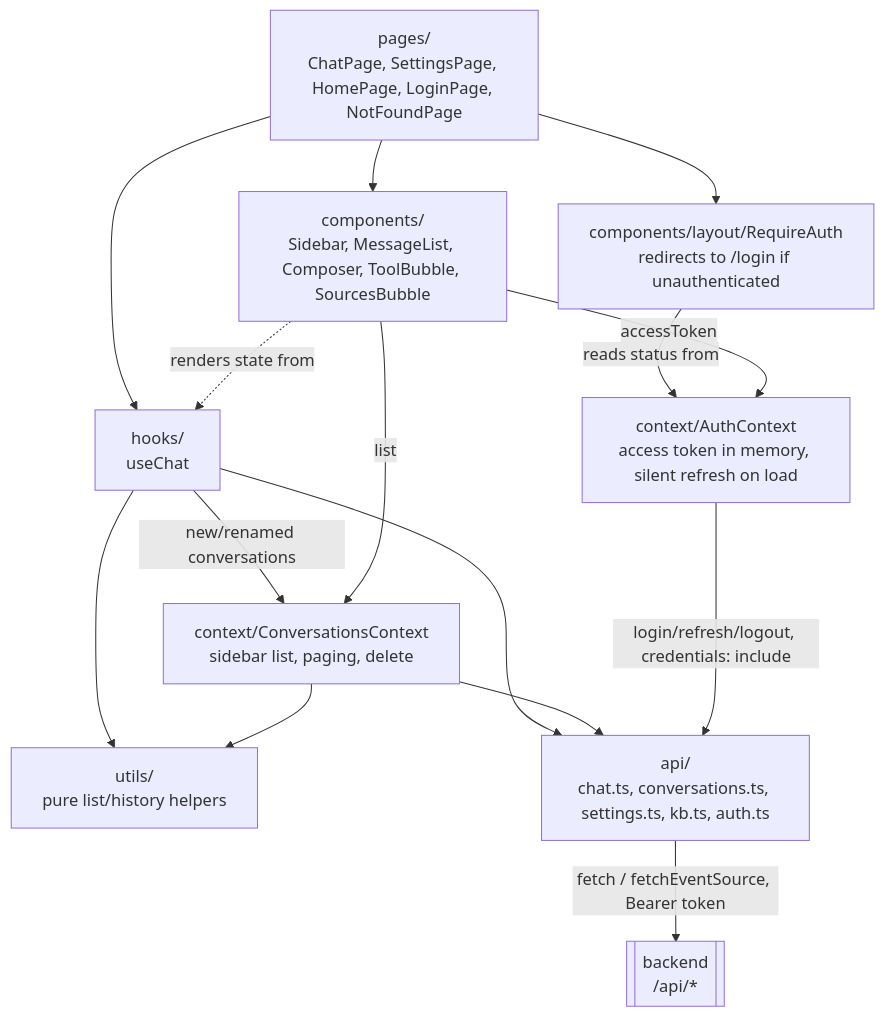
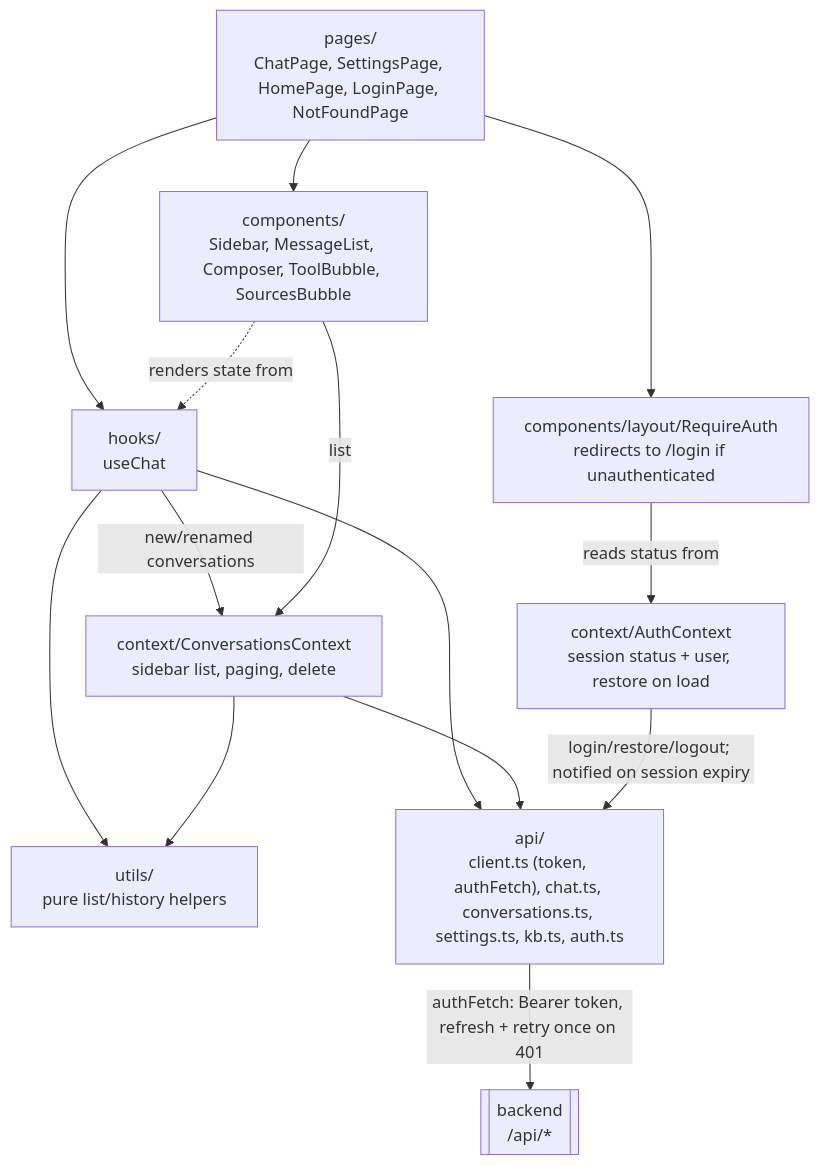
One commit to hadifar/rag changed the fourth of 5 diagrams in docs/architecture.md. Above: the diagram before and after it, drawn with Mermaid. The commit also changed 15 other files, not shown here.

````diff
--- a/docs/architecture.md
+++ b/docs/architecture.md
@@ -116,27 +116,26 @@
 ```mermaid
 graph TD
     pages["pages/<br/>ChatPage, SettingsPage, HomePage, LoginPage, NotFoundPage"]
     guard["components/layout/RequireAuth<br/>redirects to /login if unauthenticated"]
-    authctx["context/AuthContext<br/>access token in memory, silent refresh on load"]
+    authctx["context/AuthContext<br/>session status + user, restore on load"]
     convctx["context/ConversationsContext<br/>sidebar list, paging, delete"]
     hooks["hooks/<br/>useChat"]
     utils["utils/<br/>pure list/history helpers"]
-    apiclient["api/<br/>chat.ts, conversations.ts, settings.ts, kb.ts, auth.ts"]
+    apiclient["api/<br/>client.ts (token, authFetch), chat.ts, conversations.ts, settings.ts, kb.ts, auth.ts"]
     components["components/<br/>Sidebar, MessageList, Composer, ToolBubble, SourcesBubble"]
     backend[["backend<br/>/api/*"]]
 
     guard -->|reads status from| authctx
     pages --> guard
     pages --> hooks
     pages --> components
     hooks --> apiclient
     hooks -->|new/renamed conversations| convctx
     hooks --> utils
     convctx --> apiclient
     convctx --> utils
     components -->|list| convctx
-    components -->|accessToken| authctx
     components -.->|renders state from| hooks
-    apiclient -->|fetch / fetchEventSource, Bearer token| backend
-    authctx -->|login/refresh/logout, credentials: include| apiclient
+    apiclient -->|authFetch: Bearer token, refresh + retry once on 401| backend
+    authctx -->|login/restore/logout; notified on session expiry| apiclient
 ```
````
